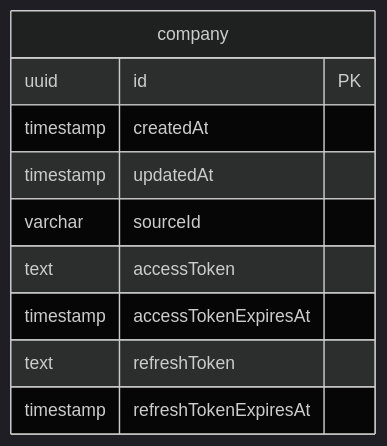
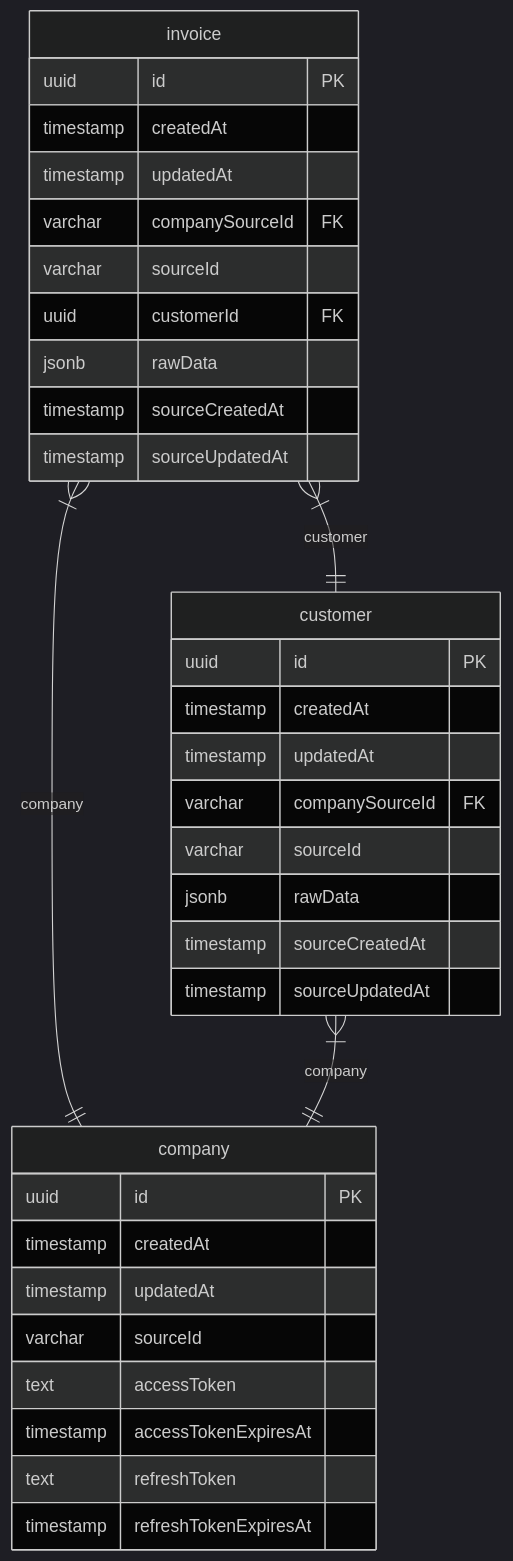
Before and after one commit to Nabhag8848/quickbooks-integration: the diagram in apps/server/DB_ERD.md, drawn with Mermaid (dark theme). The commit also changed 6 other files, not shown here.

Commit message:
entity schema

````diff
--- a/apps/server/DB_ERD.md
+++ b/apps/server/DB_ERD.md
@@ -5,14 +5,37 @@
 ```mermaid
 erDiagram
+  invoice {
+    uuid id PK
+    timestamp createdAt
+    timestamp updatedAt
+    varchar companySourceId FK
+    varchar sourceId
+    uuid customerId FK
+    jsonb rawData
+    timestamp sourceCreatedAt
+    timestamp sourceUpdatedAt
+  }
+  customer {
+    uuid id PK
+    timestamp createdAt
+    timestamp updatedAt
+    varchar companySourceId FK
+    varchar sourceId
+    jsonb rawData
+    timestamp sourceCreatedAt
+    timestamp sourceUpdatedAt
+  }
   company {
     uuid id PK
     timestamp createdAt
     timestamp updatedAt
     varchar sourceId
     text accessToken
     timestamp accessTokenExpiresAt
     text refreshToken
     timestamp refreshTokenExpiresAt
   }
-  
+  invoice }|--|| company: company
+  invoice }|--|| customer: customer
+  customer }|--|| company: company
 ```
````
